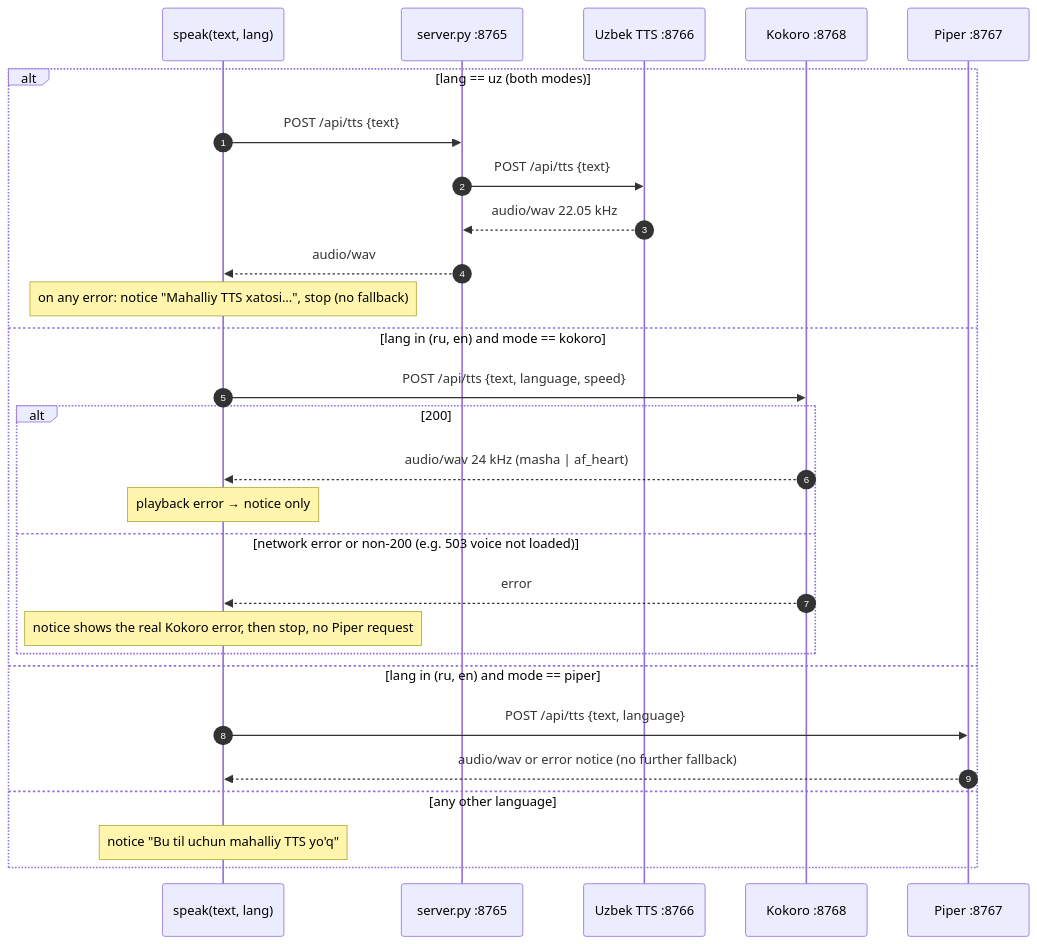
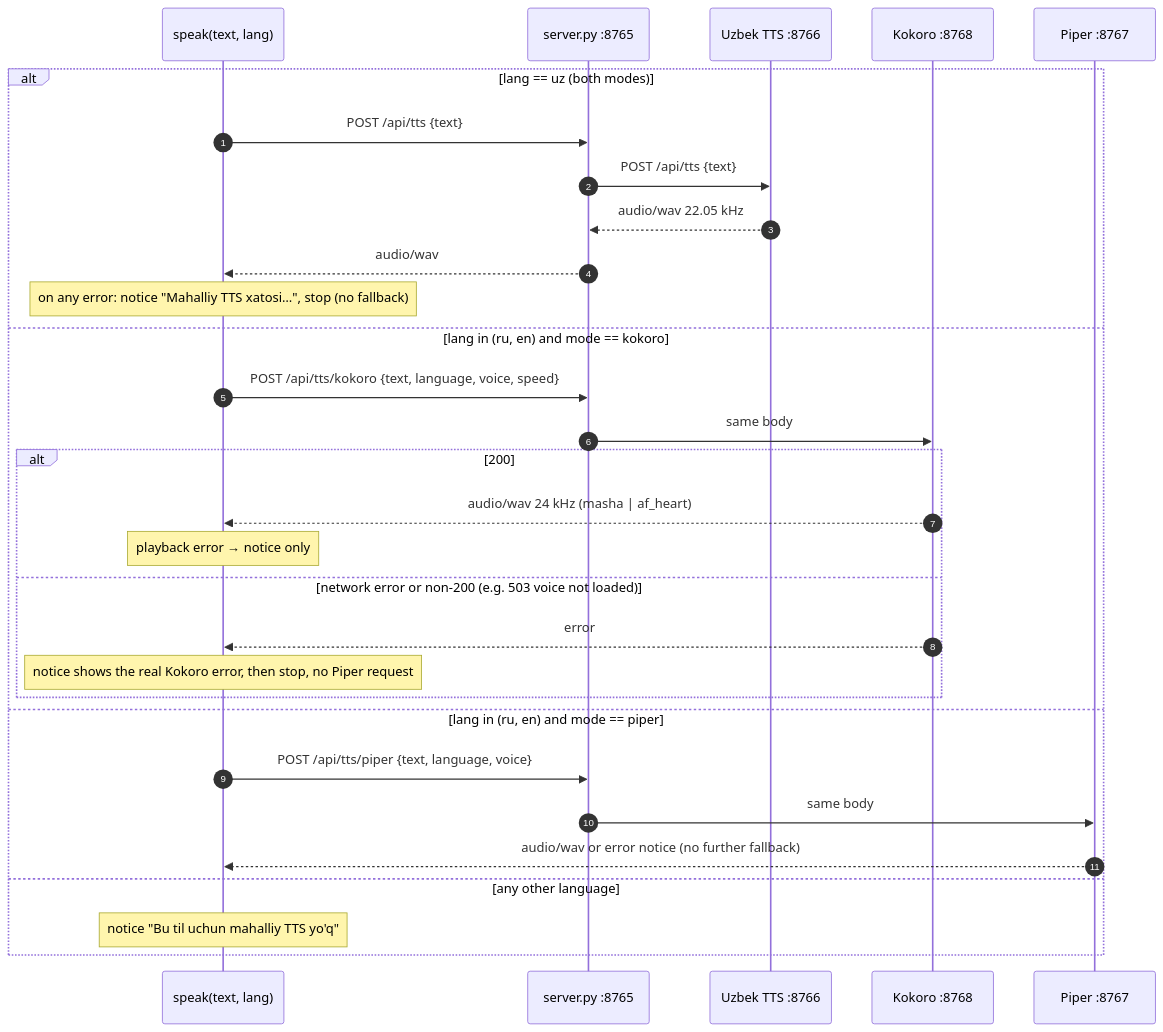
One commit to FirdavsNurmatov/local-ai-voice-assistant changed the third of 4 diagrams in docs/ARCHITECTURE.md. Above: the diagram before and after it, drawn with Mermaid. The commit also changed other lines of this file and 11 other files, not shown here.

````diff
--- a/docs/ARCHITECTURE.md
+++ b/docs/ARCHITECTURE.md
@@ -103,31 +103,33 @@
 ```mermaid
 sequenceDiagram
     autonumber
     participant UI as speak(text, lang)
     participant S as server.py :8765
     participant U as Uzbek TTS :8766
     participant K as Kokoro :8768
     participant P as Piper :8767
 
     alt lang == uz (both modes)
         UI->>S: POST /api/tts {text}
         S->>U: POST /api/tts {text}
         U-->>S: audio/wav 22.05 kHz
         S-->>UI: audio/wav
         Note over UI: on any error: notice "Mahalliy TTS xatosi…", stop (no fallback)
     else lang in (ru, en) and mode == kokoro
-        UI->>K: POST /api/tts {text, language, speed}
+        UI->>S: POST /api/tts/kokoro {text, language, voice, speed}
+        S->>K: same body
         alt 200
             K-->>UI: audio/wav 24 kHz (masha | af_heart)
             Note over UI: playback error → notice only
         else network error or non-200 (e.g. 503 voice not loaded)
             K-->>UI: error
             Note over UI: notice shows the real Kokoro error, then stop, no Piper request
         end
     else lang in (ru, en) and mode == piper
-        UI->>P: POST /api/tts {text, language}
+        UI->>S: POST /api/tts/piper {text, language, voice}
+        S->>P: same body
         P-->>UI: audio/wav or error notice (no further fallback)
     else any other language
         Note over UI: notice "Bu til uchun mahalliy TTS yo'q"
     end
 ```
````
